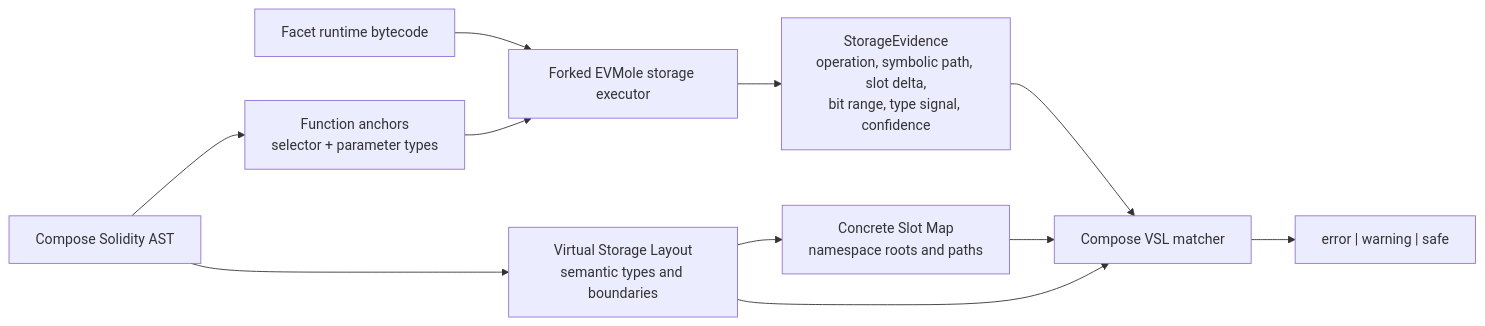
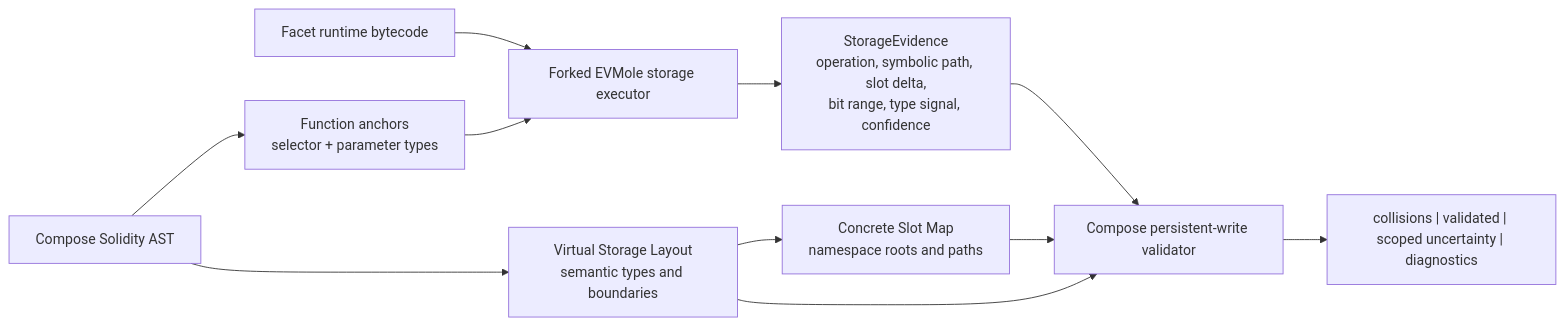
Before and after one commit to 0x76agabond/compose-bytecode-validation: the third of 3 diagrams in Architecture.md, drawn with Mermaid. The commit also changed other lines of this file and 61 other files, not shown here.

````diff
--- a/Architecture.md
+++ b/Architecture.md
@@ -230,15 +239,15 @@
 ```mermaid
 flowchart LR
     ast["Compose Solidity AST"] --> vsl["Virtual Storage Layout<br/>semantic types and boundaries"]
     ast --> anchors["Function anchors<br/>selector + parameter types"]
     vsl --> slotmap["Concrete Slot Map<br/>namespace roots and paths"]
 
     bytecode["Facet runtime bytecode"] --> engine["Forked EVMole storage executor"]
     anchors --> engine
     engine --> evidence["StorageEvidence<br/>operation, symbolic path, slot delta,<br/>bit range, type signal, confidence"]
 
-    evidence --> matcher["Compose VSL matcher"]
+    evidence --> matcher["Compose persistent-write validator"]
     slotmap --> matcher
     vsl --> matcher
-    matcher --> verdict["error | warning | safe"]
+    matcher --> verdict["collisions | validated | scoped uncertainty | diagnostics"]
 ```
````
